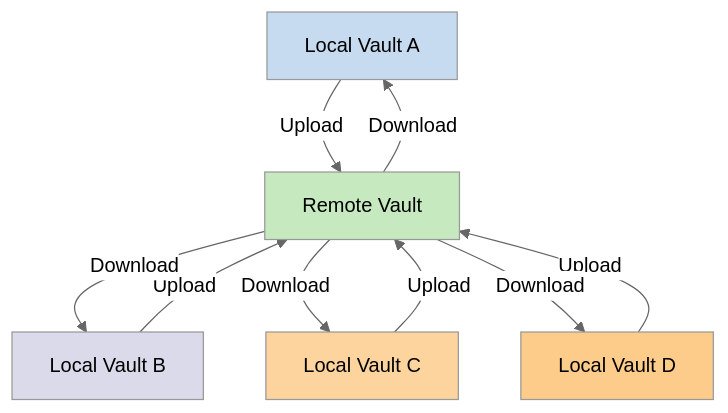
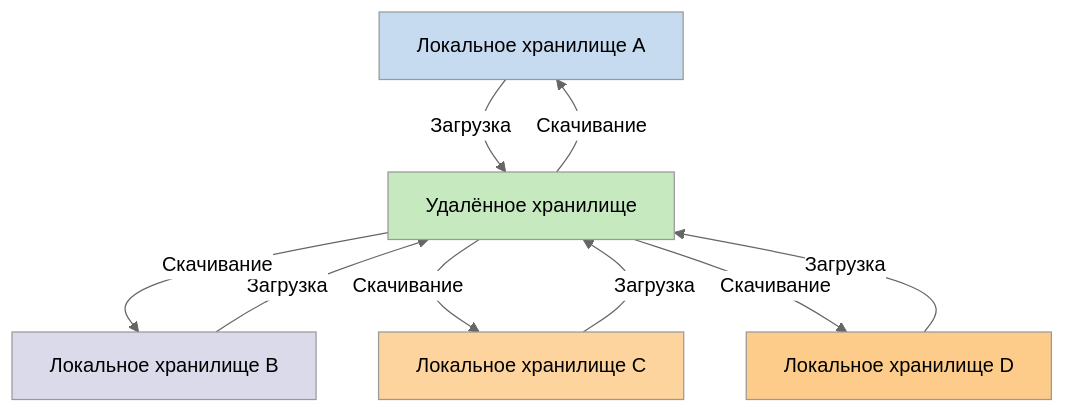
One commit to obsidianmd/obsidian-help changed the second of 2 diagrams in ru/Obsidian Sync/Локальные и удалённые хранилища.md. Above: the diagram before and after it, drawn with Mermaid (neutral theme). The commit also changed other lines of this file and 135 other files, not shown here.

````diff
--- a/ru/Obsidian Sync/Локальные и удалённые хранилища.md
+++ b/ru/Obsidian Sync/Локальные и удалённые хранилища.md
@@ -69,23 +67,23 @@
 ```mermaid
 graph TD
-   D[Local Vault A]
-   L[Local Vault B]
-   S[Remote Vault]
-   P[Local Vault C]
-   T[Local Vault D]
+   D[Локальное хранилище A]
+   L[Локальное хранилище B]
+   S[Удалённое хранилище]
+   P[Локальное хранилище C]
+   T[Локальное хранилище D]
    
-   D -->|Upload| S
-   S -->|Download| D
-   L -->|Upload| S
-   S -->|Download| L
-   P -->|Upload| S
-   S -->|Download| P
-   T -->|Upload| S
-   S -->|Download| T
+   D -->|Загрузка| S
+   S -->|Скачивание| D
+   L -->|Загрузка| S
+   S -->|Скачивание| L
+   P -->|Загрузка| S
+   S -->|Скачивание| P
+   T -->|Загрузка| S
+   S -->|Скачивание| T
    
    style D fill:#c6dbef
    style L fill:#dadaeb
    style S fill:#c7e9c0
    style P fill:#fdd49e
    style T fill:#fdcc8a
 ```
````
